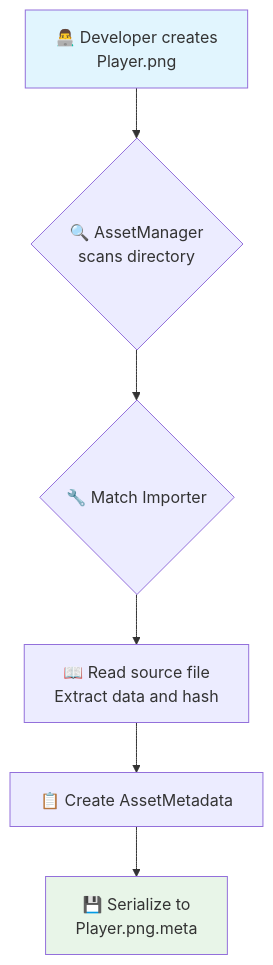
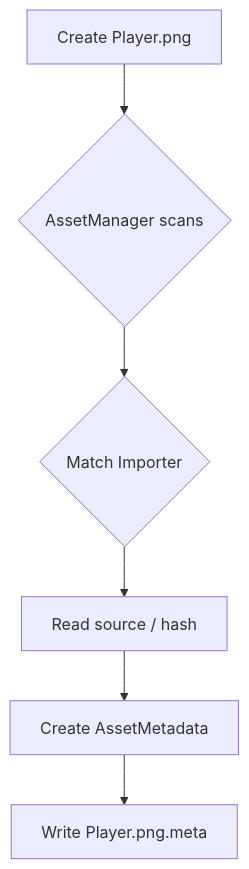
The second of 11 diagrams in ARCHITECTURE_EN.md (NGLSG/Luma), drawn with Mermaid before and after one commit. The commit also changed other lines of this file and 27 other files, not shown here.

````diff
--- a/ARCHITECTURE_EN.md
+++ b/ARCHITECTURE_EN.md
@@ -81,11 +82,8 @@
 ```mermaid
 graph TD
-    A[👨‍💻 Developer creates<br/>Player.png] --> B{🔍 AssetManager<br/>scans directory}
-B --> C{🔧 Match Importer}
-C --> D[📖 Read source file<br/>Extract data and hash]
-D --> E[📋 Create AssetMetadata]
-E --> F[💾 Serialize to<br/>Player.png.meta]
-
-style A fill:#e1f5fe
-style F fill: #e8f5e8
+    A[Create Player.png] --> B{AssetManager scans}
+    B --> C{Match Importer}
+    C --> D[Read source / hash]
+    D --> E[Create AssetMetadata]
+    E --> F[Write Player.png.meta]
 ```
````
